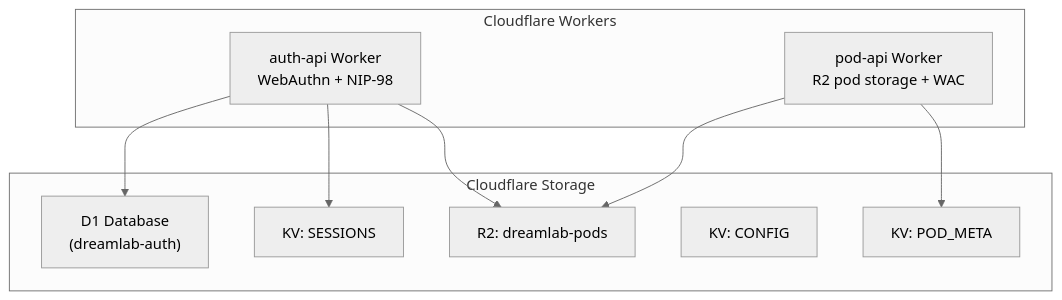
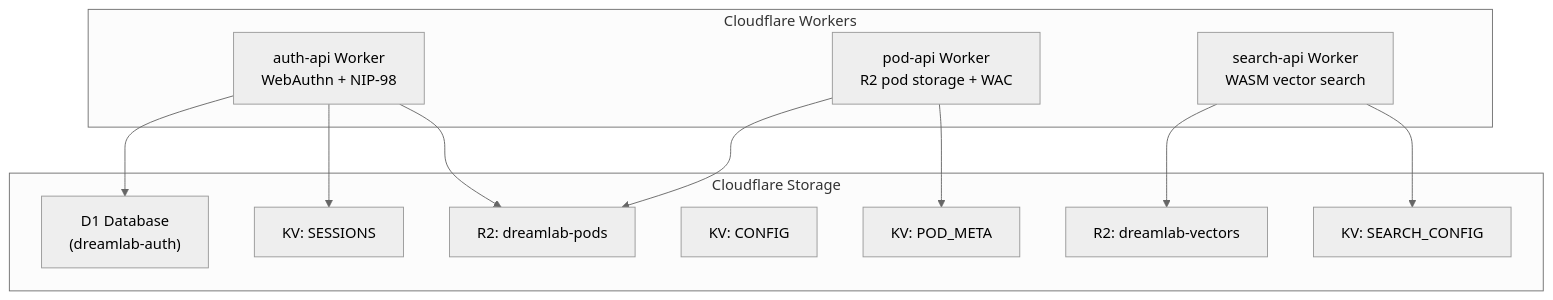
One commit to DreamLab-AI/dreamlab-ai-website changed the second of 3 diagrams in docs/architecture/BACKEND_SERVICES.md. Above: the diagram before and after it, drawn with Mermaid (neutral theme). The commit also changed other lines of this file and 41 other files, not shown here.

````diff
--- a/docs/architecture/BACKEND_SERVICES.md
+++ b/docs/architecture/BACKEND_SERVICES.md
@@ -63,21 +63,26 @@
 ```mermaid
 graph TB
     subgraph CF["Cloudflare Workers"]
         CFAuth["auth-api Worker<br/>WebAuthn + NIP-98"]
         CFPod["pod-api Worker<br/>R2 pod storage + WAC"]
+        CFSearch["search-api Worker<br/>WASM vector search"]
     end
 
     subgraph CFStorage["Cloudflare Storage"]
         D1["D1 Database<br/>(dreamlab-auth)"]
         KV1["KV: SESSIONS"]
         KV2["KV: POD_META"]
         KV3["KV: CONFIG"]
-        R2["R2: dreamlab-pods"]
+        KV4["KV: SEARCH_CONFIG"]
+        R2Pods["R2: dreamlab-pods"]
+        R2Vectors["R2: dreamlab-vectors"]
     end
 
     CFAuth --> D1
     CFAuth --> KV1
-    CFAuth --> R2
-    CFPod --> R2
+    CFAuth --> R2Pods
+    CFPod --> R2Pods
     CFPod --> KV2
+    CFSearch --> R2Vectors
+    CFSearch --> KV4
 ```
````
